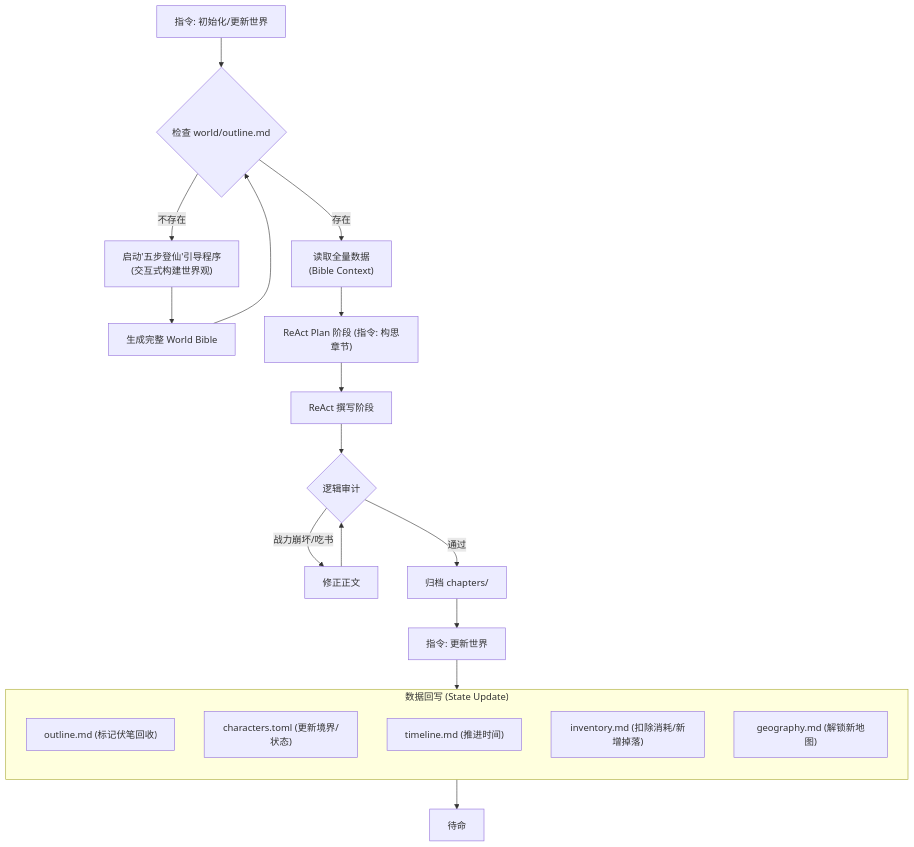
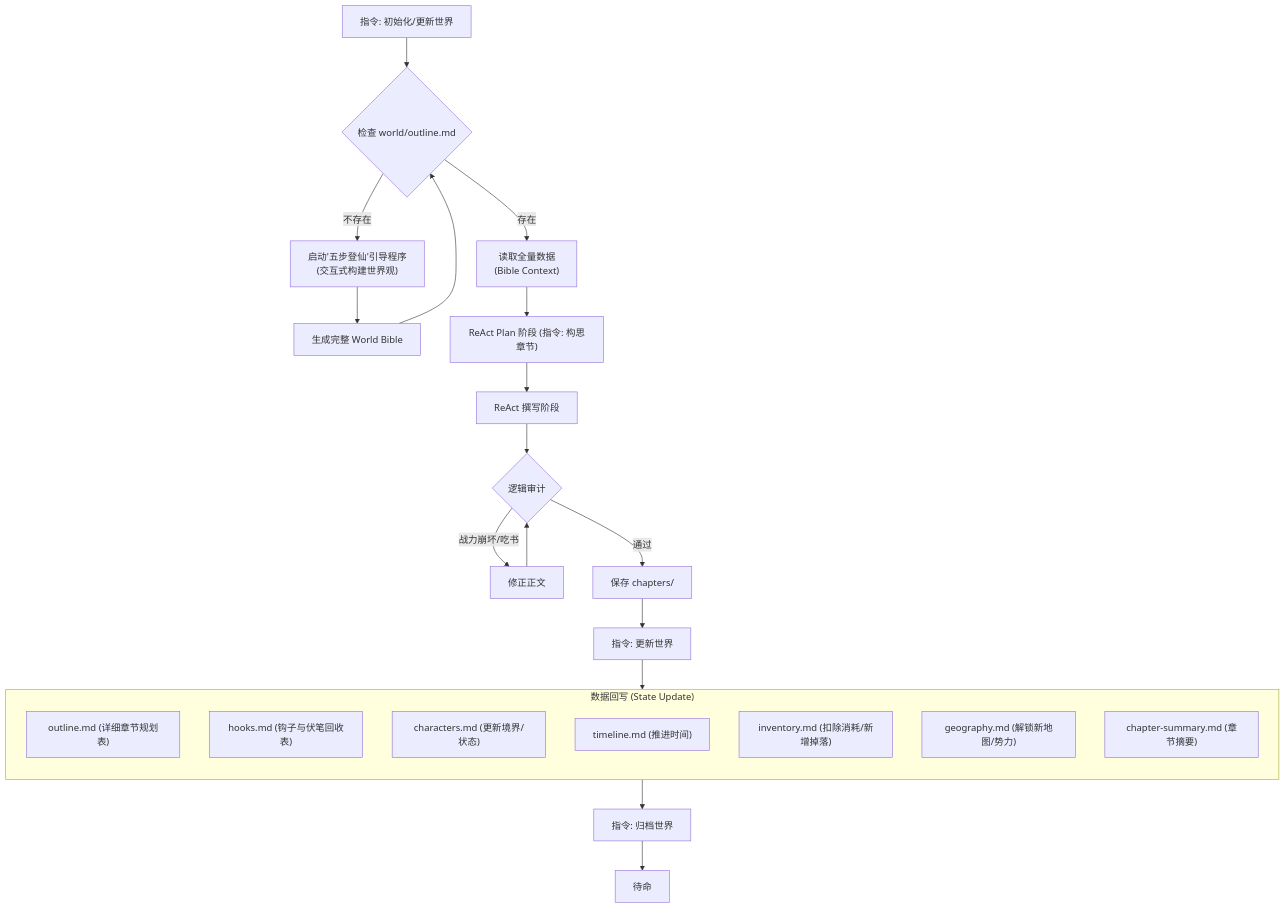
Before and after one commit to tiger-yi/novel-assistant: the diagram in AGENTS.md, drawn with Mermaid. The commit also changed other lines of this file and 37 other files, not shown here.

````diff
--- a/AGENTS.md
+++ b/AGENTS.md
@@ -46,32 +50,35 @@
 ```mermaid
 flowchart TD
     Start["指令: 初始化/更新世界"] --> CheckOutline{"检查 world/outline.md"}
 
     CheckOutline -->|"不存在"| Genesis["启动'五步登仙'引导程序\n(交互式构建世界观)"]
     Genesis --> GenerateBible["生成完整 World Bible"]
     GenerateBible --> CheckOutline
 
     CheckOutline -->|"存在"| Read["读取全量数据\n(Bible Context)"]
 
     Read --> Plan["ReAct Plan 阶段 (指令: 构思章节)"]
     Plan --> Draft["ReAct 撰写阶段"]
     Draft --> Verify{"逻辑审计"}
     
     Verify -->|"战力崩坏/吃书"| Fix["修正正文"]
     Fix --> Verify
     
-    Verify -->|"通过"| Publish["归档 chapters/"]
+    Verify -->|"通过"| Publish["保存 chapters/"]
     Publish --> Update["指令: 更新世界"]
     
     subgraph UpdateBible ["数据回写 (State Update)"]
         direction TB
-        U1["outline.md (标记伏笔回收)"]
-        U2["characters.toml (更新境界/状态)"]
-        U3["timeline.md (推进时间)"]
-        U4["inventory.md (扣除消耗/新增掉落)"]
-        U5["geography.md (解锁新地图)"]
+        U1["outline.md (详细章节规划表)"]
+        U2["hooks.md (钩子与伏笔回收表)"]
+        U3["characters.md (更新境界/状态)"]
+        U4["timeline.md (推进时间)"]
+        U5["inventory.md (扣除消耗/新增掉落)"]
+        U6["geography.md (解锁新地图/势力)"]
+        U7["chapter-summary.md (章节摘要)"]
     end
     
     Update --> UpdateBible
-    UpdateBible --> Finish["待命"]
+    UpdateBible --> Archive["指令: 归档世界"]
+    Archive --> Finish["待命"]
 ```
````
